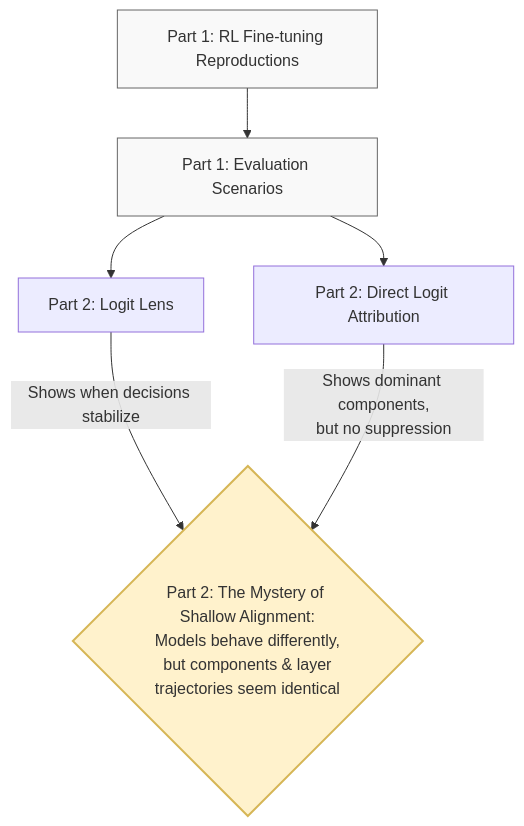
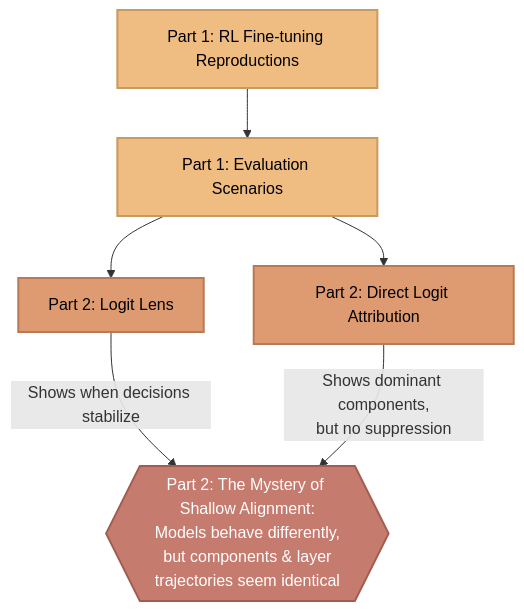
Before and after one commit to tylercrosse/LLM_morality: the second of 5 diagrams in WRITE_UP.md, drawn with Mermaid. The commit also changed other lines of this file, not shown here.

Commit message:
Tweak Mermaid diagrams

````diff
--- a/WRITE_UP.md
+++ b/WRITE_UP.md
@@ -272,18 +277,20 @@
 ```mermaid
 graph TD
-    classDef setup fill:#f9f9f9,stroke:#666,stroke-width:1px;
-    classDef feature fill:#fff2cc,stroke:#d6b656,stroke-width:2px;
+    classDef setup fill:#EFBC82,stroke:#c99a5b,stroke-width:2px,color:#000;
+    classDef investigate fill:#DE9B71,stroke:#b87a54,stroke-width:2px,color:#000;
+    classDef mystery fill:#C67B6F,stroke:#a25d52,stroke-width:2px,color:#fff;
 
     %% Base Setup
     FT[Part 1: RL Fine-tuning Reproductions] --> Eval[Part 1: Evaluation Scenarios]
     Eval --> LL[Part 2: Logit Lens]
     Eval --> DLA[Part 2: Direct Logit Attribution]
 
     class FT,Eval setup;
+    class LL,DLA investigate;
 
     %% The Mystery
-    LL -- Shows when decisions stabilize --> Mystery{Part 2: The Mystery of Shallow Alignment:<br>Models behave differently,<br>but components & layer<br>trajectories seem identical}
+    LL -- Shows when decisions stabilize --> Mystery{{Part 2: The Mystery of Shallow Alignment:<br>Models behave differently,<br>but components & layer<br>trajectories seem identical}}
     DLA -- Shows dominant components,<br>but no suppression --> Mystery
 
-    class Mystery feature;
+    class Mystery mystery;
 ```
````
